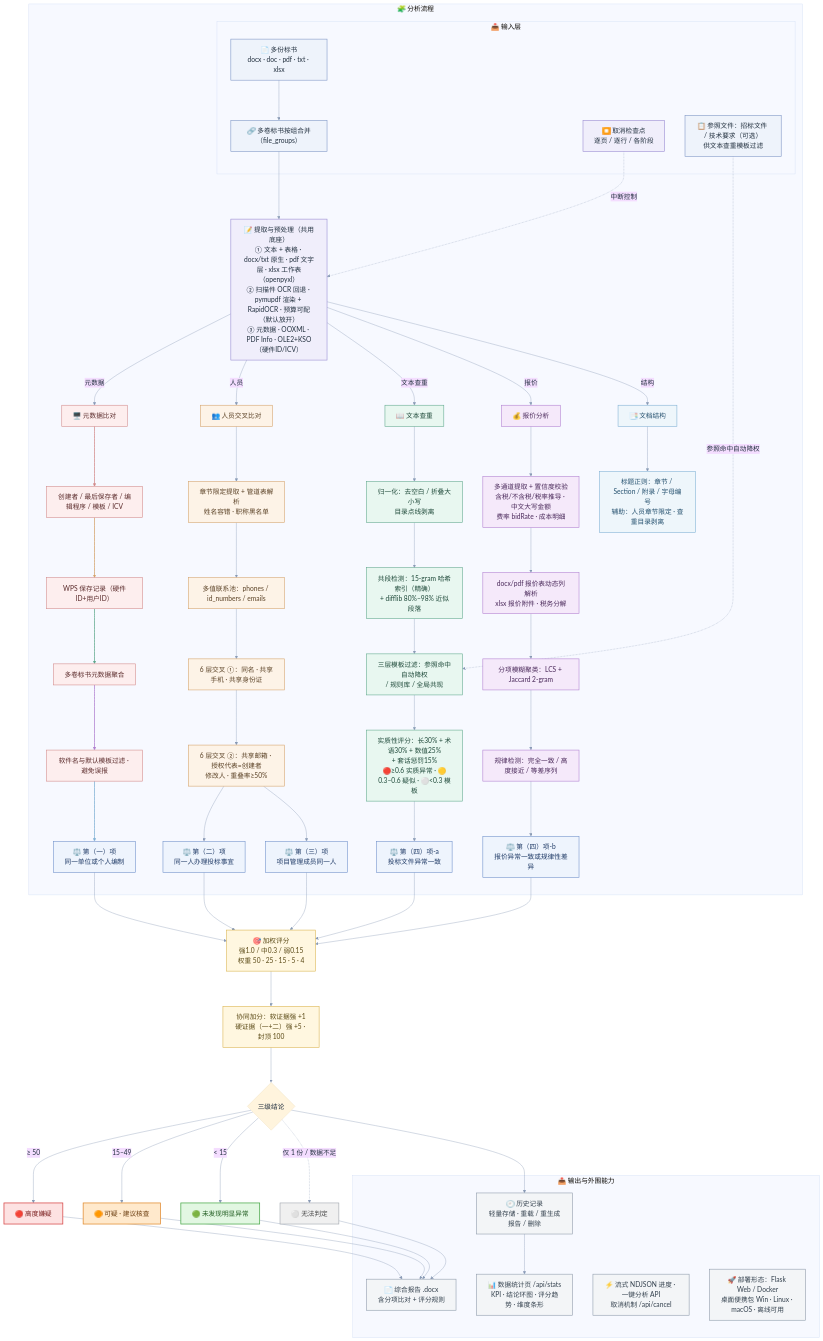
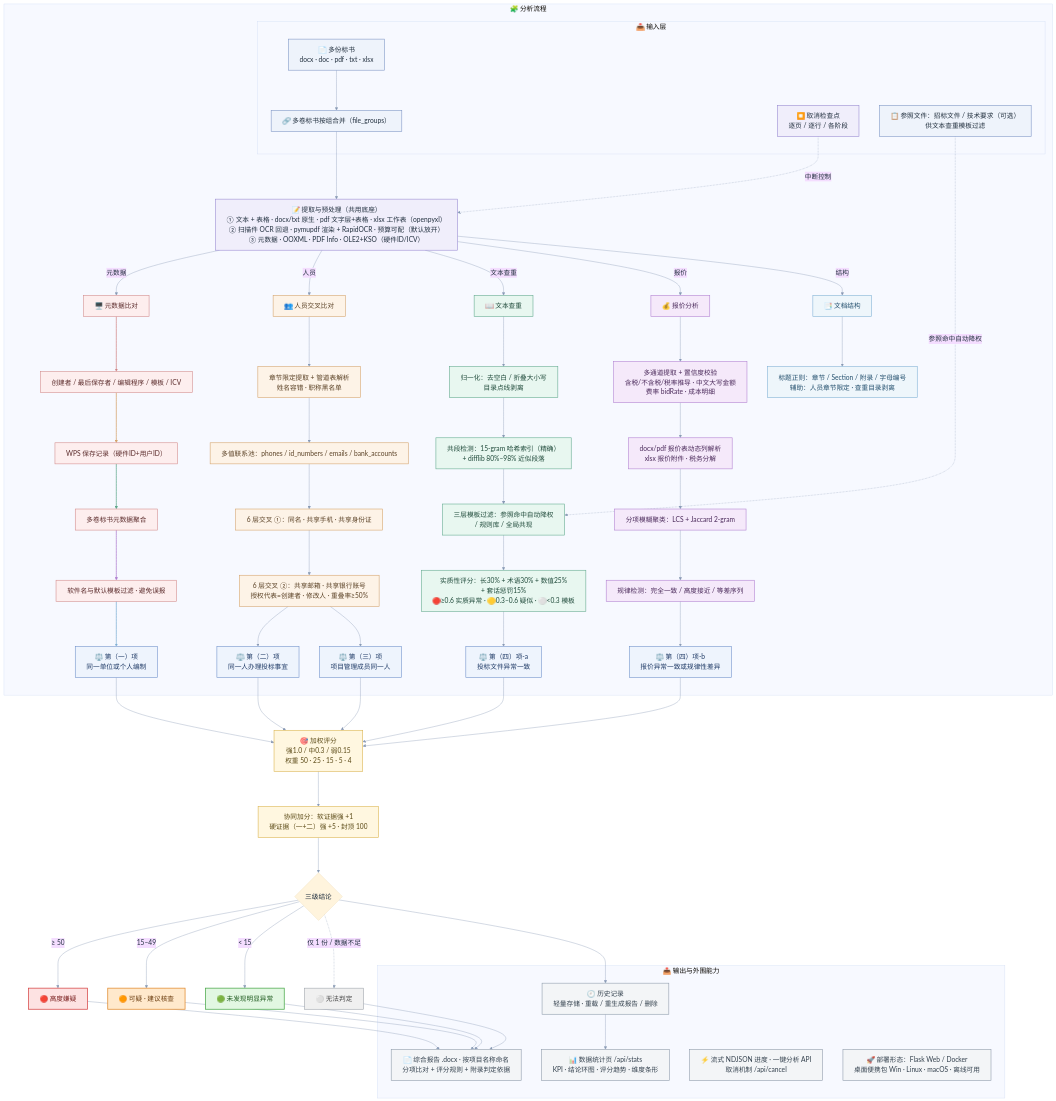
The diagram in output/整体流程图mermaid.md (yjiao286/xingyicha), drawn with Mermaid before and after one commit. The commit also changed 7 other files, not shown here.

First line of the commit message:
chore: 移除回放测试产物与旧版打包快照，更新流程图

````diff
--- a/output/整体流程图mermaid.md
+++ b/output/整体流程图mermaid.md
@@ -1,5 +1,5 @@
 ```mermaid
-%%{init: {"theme":"base","themeVariables":{"fontFamily":"PingFang SC, Microsoft YaHei, sans-serif","fontSize":"18px","lineColor":"#8a9bb5","primaryTextColor":"#22303f"},"flowchart":{"nodeSpacing":55,"rankSpacing":95,"curve":"basis"}}}%%
+%%{init: {"theme":"base","themeVariables":{"fontFamily":"PingFang SC, Microsoft YaHei, sans-serif","fontSize":"18px","lineColor":"#8a9bb5","primaryTextColor":"#22303f"},"flowchart":{"nodeSpacing":55,"rankSpacing":95,"curve":"basis","htmlLabels":true,"markdownAutoWrap":false,"wrappingWidth":600}}}%%
 flowchart TD
     subgraph ANALYSIS["🧩 分析流程"]
         subgraph IN["📥 输入层"]
@@ -12,7 +12,7 @@
         A1 --> C
         C3 -. "中断控制" .-> C
         B -. "参照命中自动降权" .-> T3
-        C["📝 提取与预处理（共用底座）<br/>① 文本 + 表格 · docx/txt 原生 · pdf 文字层 · xlsx 工作表（openpyxl）<br/>② 扫描件 OCR 回退 · pymupdf 渲染 + RapidOCR · 预算可配（默认放开）<br/>③ 元数据 · OOXML · PDF Info · OLE2+KSO（硬件ID/ICV）"]
+        C["📝 提取与预处理（共用底座）<br/>① 文本 + 表格 · docx/txt 原生 · pdf 文字层+表格 · xlsx 工作表（openpyxl）<br/>② 扫描件 OCR 回退 · pymupdf 渲染 + RapidOCR · 预算可配（默认放开）<br/>③ 元数据 · OOXML · PDF Info · OLE2+KSO（硬件ID/ICV）"]
 
         M0["🖥️ 元数据比对"]
         M1["创建者 / 最后保存者 / 编辑程序 / 模板 / ICV"]
@@ -28,9 +28,9 @@
 
         P0["👥 人员交叉比对"]
         P1["章节限定提取 + 管道表解析<br/>姓名容错 · 职称黑名单"]
-        P2["多值联系池：phones / id_numbers / emails"]
+        P2["多值联系池：phones / id_numbers / emails / bank_accounts"]
         P3["6 层交叉 ①：同名 · 共享手机 · 共享身份证"]
-        P4["6 层交叉 ②：共享邮箱 · 授权代表=创建者<br/>修改人 · 重叠率≥50%"]
+        P4["6 层交叉 ②：共享邮箱 · 共享银行账号<br/>授权代表=创建者 · 修改人 · 重叠率≥50%"]
         CL2["⚖️ 第（二）项<br/>同一人办理投标事宜"]
         CL3["⚖️ 第（三）项<br/>项目管理成员同一人"]
         P0 --> P1
@@ -84,7 +84,7 @@
     V -.->|"仅 1 份 / 数据不足"| U["⚪ 无法判定"]
 
     subgraph OUT["📤 输出与外围能力"]
-        O1["📄 综合报告 .docx<br/>含分项比对 + 评分规则"]
+        O1["📄 综合报告 .docx · 按项目名称命名<br/>分项比对 + 评分规则 + 附录判定依据"]
         O2["🕘 历史记录<br/>轻量存储 · 重载 / 重生成报告 / 删除"]
         O3["📊 数据统计页 /api/stats<br/>KPI · 结论环图 · 评分趋势 · 维度条形"]
         O4["⚡ 流式 NDJSON 进度 · 一键分析 API<br/>取消机制 /api/cancel"]
````
